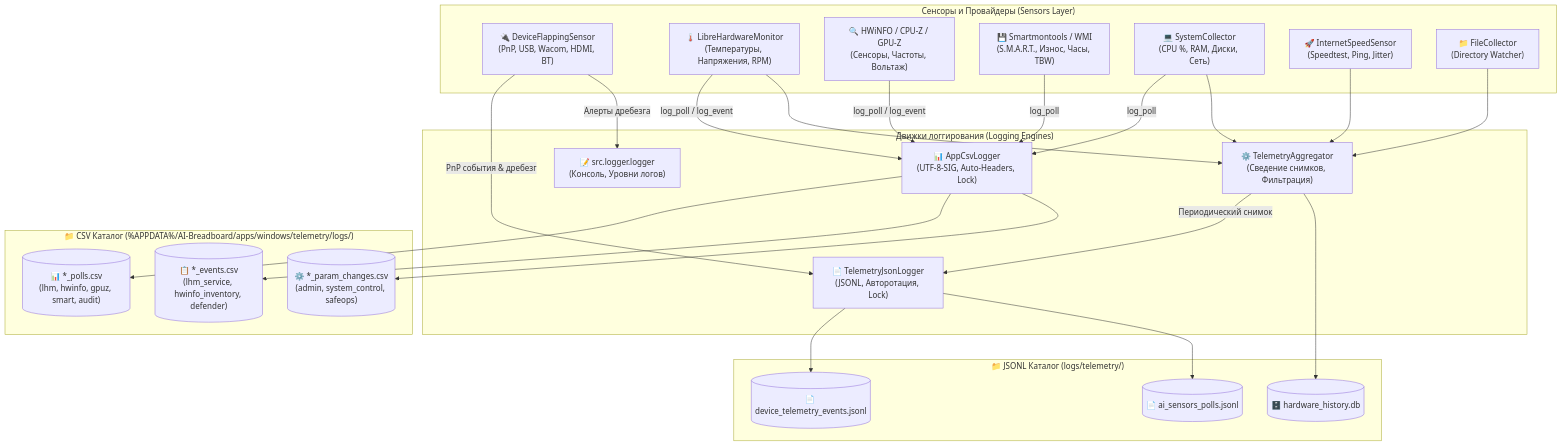
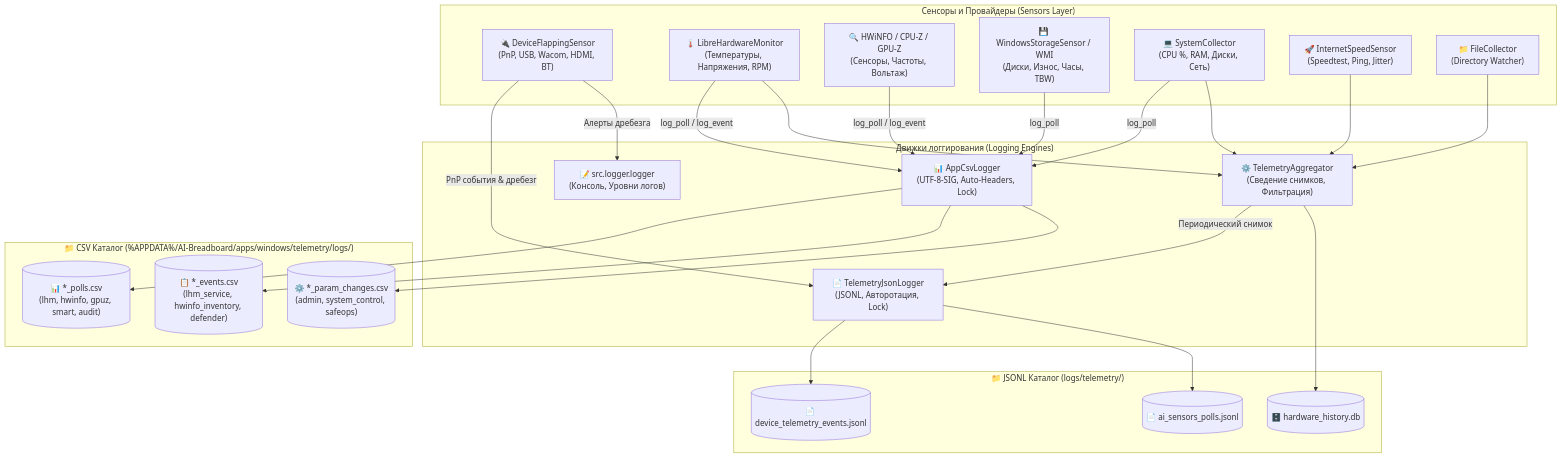
One commit to hypo69/AI-Breadboard changed the diagram in docs/ru/ai-sensors/logging.md. Above: the diagram before and after it, drawn with Mermaid. The commit also changed other lines of this file and 86 other files, not shown here.

````diff
--- a/docs/ru/ai-sensors/logging.md
+++ b/docs/ru/ai-sensors/logging.md
@@ -21,53 +21,53 @@
 ```mermaid
 flowchart TD
     subgraph Сенсоры["Сенсоры и Провайдеры (Sensors Layer)"]
         DFS["🔌 DeviceFlappingSensor<br/>(PnP, USB, Wacom, HDMI, BT)"]
         LHM["🌡️ LibreHardwareMonitor<br/>(Температуры, Напряжения, RPM)"]
         HW["🔍 HWiNFO / CPU-Z / GPU-Z<br/>(Сенсоры, Частоты, Вольтаж)"]
-        SMART["💾 Smartmontools / WMI<br/>(S.M.A.R.T., Износ, Часы, TBW)"]
+        SMART["💾 WindowsStorageSensor / WMI<br/>(Диски, Износ, Часы, TBW)"]
         SYS["💻 SystemCollector<br/>(CPU %, RAM, Диски, Сеть)"]
         NET["🚀 InternetSpeedSensor<br/>(Speedtest, Ping, Jitter)"]
         FILE["📁 FileCollector<br/>(Directory Watcher)"]
     end
 
     subgraph ДвижкиЛогирования["Движки логгирования (Logging Engines)"]
         CSVLog["📊 AppCsvLogger<br/>(UTF-8-SIG, Auto-Headers, Lock)"]
         JsonLog["📄 TelemetryJsonLogger<br/>(JSONL, Авторотация, Lock)"]
         Agg["⚙️ TelemetryAggregator<br/>(Сведение снимков, Фильтрация)"]
         SysLog["📝 src.logger.logger<br/>(Консоль, Уровни логов)"]
     end
 
     subgraph ХранилищеCSV["📁 CSV Каталог (%APPDATA%/AI-Breadboard/apps/windows/telemetry/logs/)"]
         CsvPolls[("📊 *_polls.csv<br/>(lhm, hwinfo, gpuz, smart, audit)")]
         CsvEvents[("📋 *_events.csv<br/>(lhm_service, hwinfo_inventory, defender)")]
         CsvParams[("⚙️ *_param_changes.csv<br/>(admin, system_control, safeops)")]
     end
 
     subgraph ХранилищеJSON["📁 JSONL Каталог (logs/telemetry/)"]
         DevLogFile[("📄 device_telemetry_events.jsonl")]
         SensLogFile[("📄 ai_sensors_polls.jsonl")]
         HistDb[("🗄️ hardware_history.db")]
     end
 
     %% CSV маршрутизация
     LHM -->|"log_poll / log_event"| CSVLog
     HW -->|"log_poll / log_event"| CSVLog
     SMART -->|"log_poll"| CSVLog
     SYS -->|"log_poll"| CSVLog
     CSVLog --> CsvPolls
     CSVLog --> CsvEvents
     CSVLog --> CsvParams
 
     %% JSONL маршрутизация
     DFS -->|"PnP события & дребезг"| JsonLog
     DFS -->|"Алерты дребезга"| SysLog
     JsonLog --> DevLogFile
 
     LHM --> Agg
     SYS --> Agg
     NET --> Agg
     FILE --> Agg
     Agg -->|"Периодический снимок"| JsonLog
     JsonLog --> SensLogFile
     Agg --> HistDb
 ```
````
